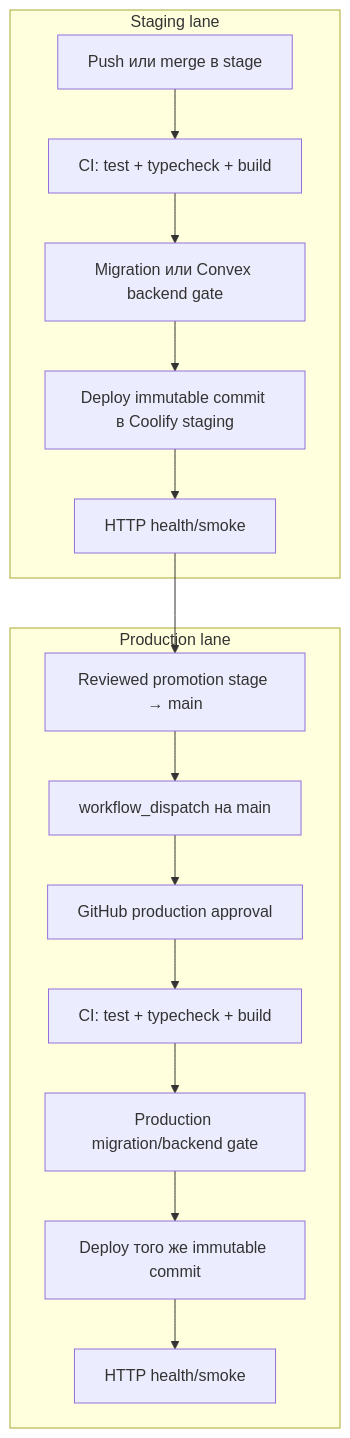
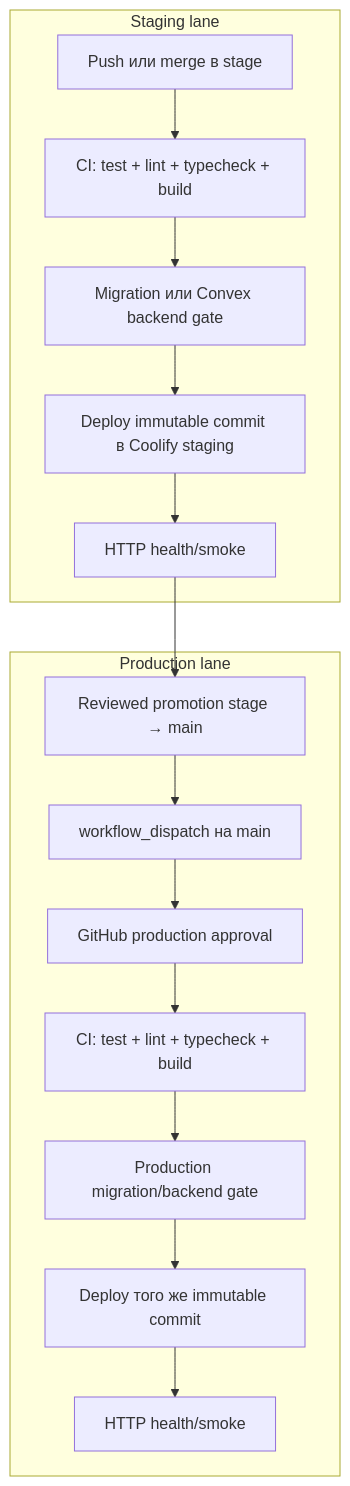
One commit to Void0dev/harness changed the third of 4 diagrams in README.md. Above: the diagram before and after it, drawn with Mermaid. The commit also changed other lines of this file and 95 other files, not shown here.

````diff
--- a/README.md
+++ b/README.md
@@ -157,20 +199,20 @@
 ```mermaid
 flowchart TB
     subgraph StageLane["Staging lane"]
-        StagePush["Push или merge в stage"] --> StageCI["CI: test + typecheck + build"]
+        StagePush["Push или merge в stage"] --> StageCI["CI: test + lint + typecheck + build"]
         StageCI --> StageGate["Migration или Convex backend gate"]
         StageGate --> StageDeploy["Deploy immutable commit в Coolify staging"]
         StageDeploy --> StageSmoke["HTTP health/smoke"]
     end
 
     subgraph ProdLane["Production lane"]
         Promotion["Reviewed promotion stage → main"] --> Manual["workflow_dispatch на main"]
         Manual --> Approval["GitHub production approval"]
-        Approval --> ProdCI["CI: test + typecheck + build"]
+        Approval --> ProdCI["CI: test + lint + typecheck + build"]
         ProdCI --> ProdGate["Production migration/backend gate"]
         ProdGate --> ProdDeploy["Deploy того же immutable commit"]
         ProdDeploy --> ProdSmoke["HTTP health/smoke"]
     end
 
     StageSmoke --> Promotion
 ```
````
